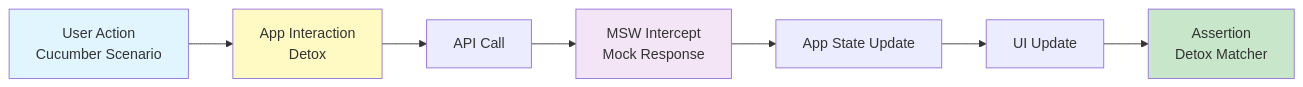
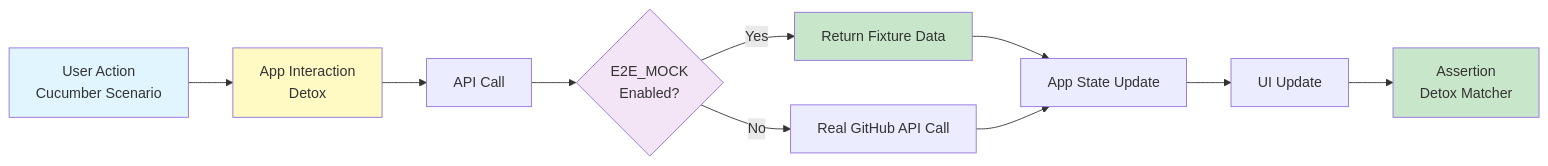
Before and after one commit to warrendeleon/rn-warrendeleon: the first of 3 diagrams in docs/E2E_TESTING.md, drawn with Mermaid. The commit also changed other lines of this file and 24 other files, not shown here.

First line of the commit message:
♻️ refactor(e2e): migrate from MSW to Metro runtime mocking with Mock Status screen

````diff
--- a/docs/E2E_TESTING.md
+++ b/docs/E2E_TESTING.md
@@ -31,14 +31,18 @@
 ```mermaid
 graph LR
     A[User Action<br/>Cucumber Scenario] --> B[App Interaction<br/>Detox]
     B --> C[API Call]
-    C --> D[MSW Intercept<br/>Mock Response]
-    D --> E[App State Update]
-    E --> F[UI Update]
-    F --> G[Assertion<br/>Detox Matcher]
+    C --> D{E2E_MOCK<br/>Enabled?}
+    D -->|Yes| E[Return Fixture Data]
+    D -->|No| F[Real GitHub API Call]
+    E --> G[App State Update]
+    F --> G
+    G --> H[UI Update]
+    H --> I[Assertion<br/>Detox Matcher]
 
     style A fill:#e1f5ff
     style B fill:#fff9c4
     style D fill:#f3e5f5
-    style G fill:#c8e6c9
+    style E fill:#c8e6c9
+    style I fill:#c8e6c9
 ```
````
